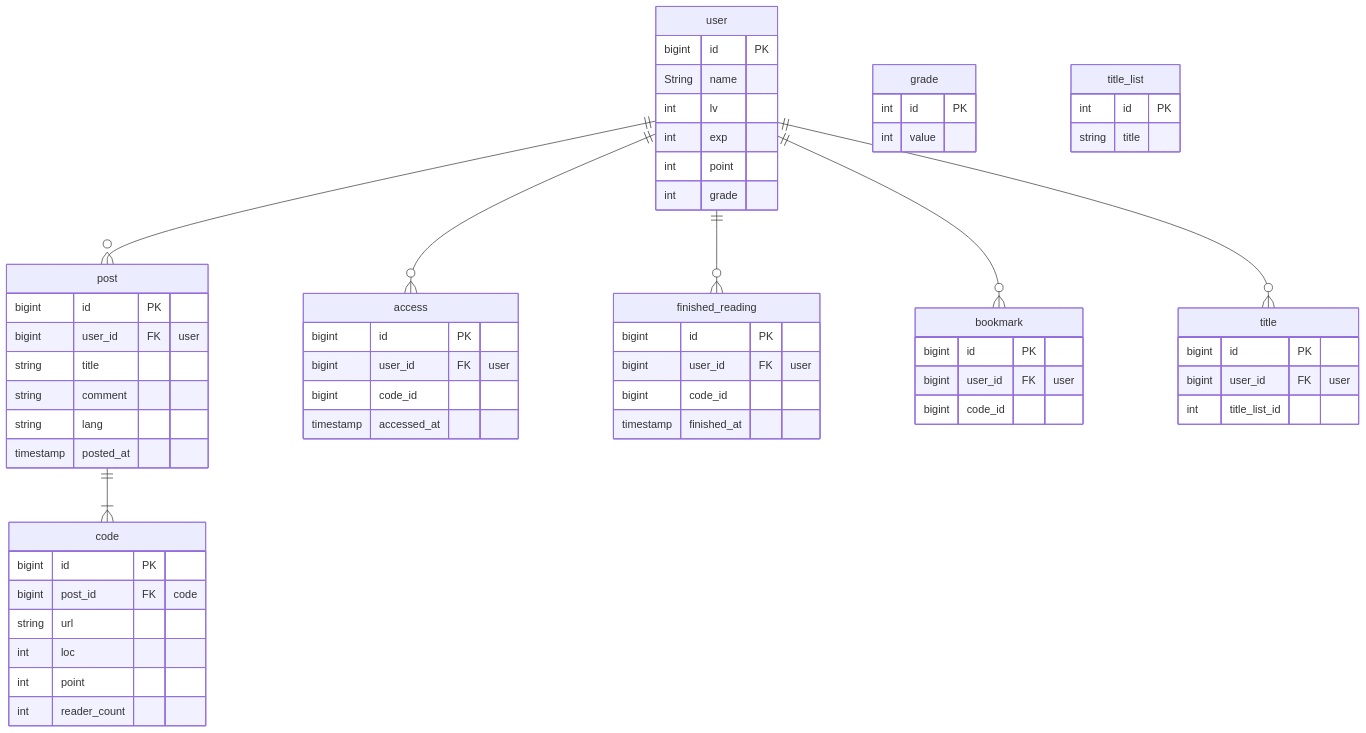
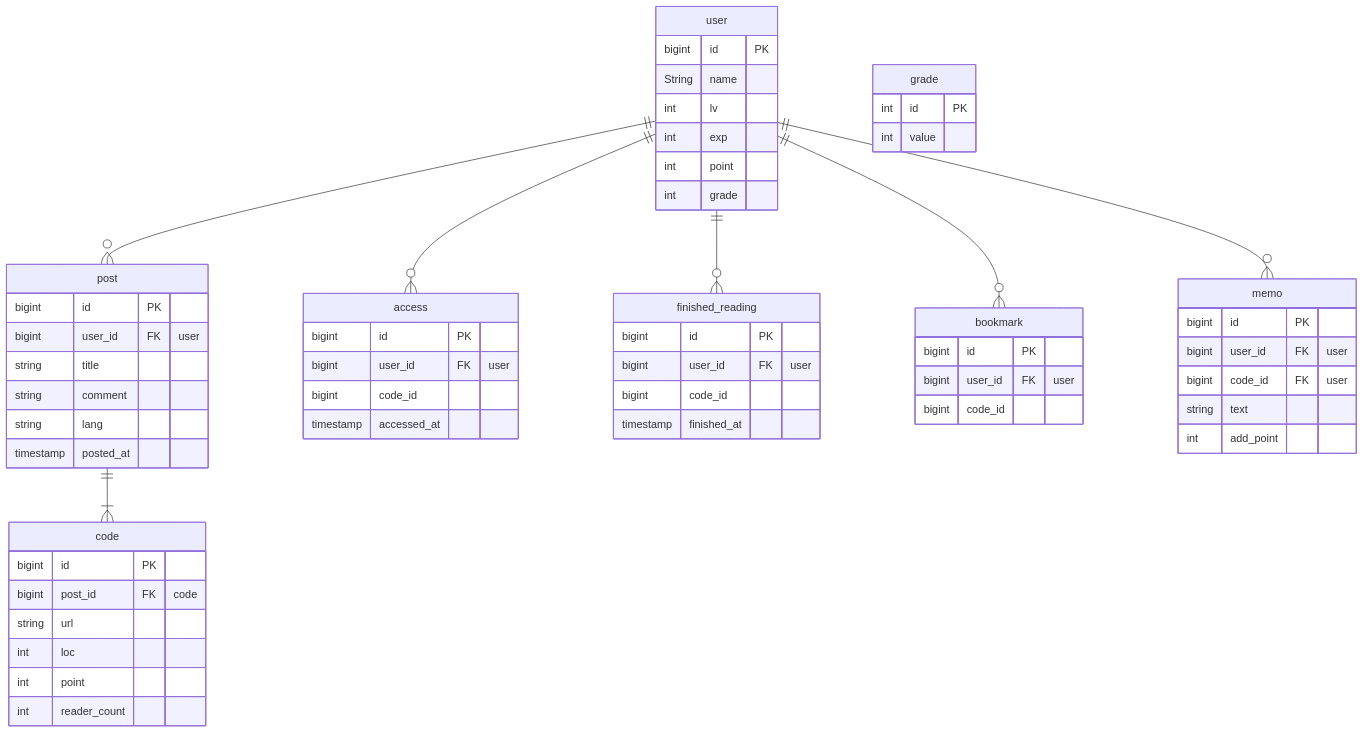
One commit to KimuraRyunosuke/CodeLeader changed the diagram in chart/ER.md. Above: the diagram before and after it, drawn with Mermaid.

````diff
--- a/chart/ER.md
+++ b/chart/ER.md
@@ -1,72 +1,69 @@
 ```mermaid
 erDiagram
     user {
         bigint id PK
         String name
         int lv
         int exp
         int point
         int grade
     }
 
     post {
         bigint id PK
         bigint user_id FK "user"
         string title
         string comment
         string lang
         timestamp posted_at
     }
 
     code {
         bigint id PK
         bigint post_id FK "code"
         string url
         int loc
         int point
         int reader_count
     }
 
     access {
         bigint id PK
         bigint user_id FK "user"
         bigint code_id
         timestamp accessed_at
     }
 
     finished_reading {
         bigint id PK
         bigint user_id FK "user"
         bigint code_id
         timestamp finished_at
     }
 
     bookmark {
         bigint id PK
         bigint user_id FK "user"
         bigint code_id
     }
 
-    title {
+    memo {
         bigint id PK
         bigint user_id FK "user"
-        int title_list_id
+        bigint code_id FK "user"
+        string text
+        int add_point
     }
 
     grade {
         int id PK
         int value
     }
 
-    title_list {
-        int id PK
-        string title
-    }
-
     user ||--o{ post : ""
     user ||--o{ access : ""
     user ||--o{ finished_reading : ""
     user ||--o{ bookmark : ""
-    user ||--o{ title : ""
+    user ||--o{ memo : ""
     post ||--|{ code : ""
 ```
````
